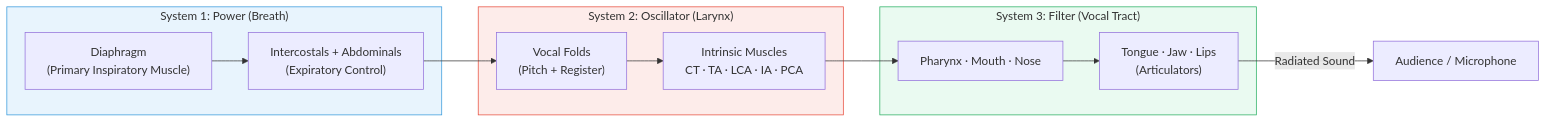
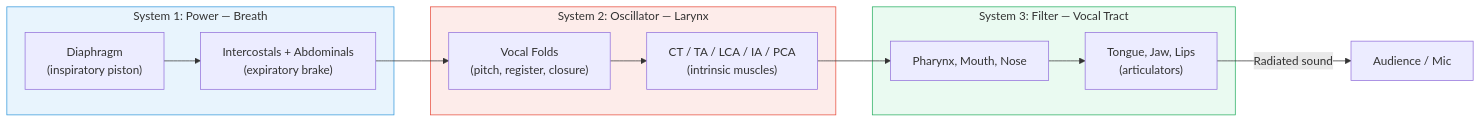
Before and after one commit to blebleblee/synapse: the first of 5 diagrams in topics/arts/music_performance/vocals/lesson_01_vocal_anatomy.md, drawn with Mermaid. The commit also changed other lines of this file and 4 other files, not shown here.

````diff
--- a/topics/arts/music_performance/vocals/lesson_01_vocal_anatomy.md
+++ b/topics/arts/music_performance/vocals/lesson_01_vocal_anatomy.md
@@ -19,24 +17,24 @@
 ```mermaid
 flowchart LR
-    subgraph sub_power ["System 1: Power (Breath)"]
-        A["Diaphragm\n(Primary Inspiratory Muscle)"]
-        B["Intercostals + Abdominals\n(Expiratory Control)"]
+    subgraph sub_power ["System 1: Power — Breath"]
+        A["Diaphragm<br/>(inspiratory piston)"]
+        B["Intercostals + Abdominals<br/>(expiratory brake)"]
     end
 
-    subgraph sub_oscillator ["System 2: Oscillator (Larynx)"]
-        C["Vocal Folds\n(Pitch + Register)"]
-        D["Intrinsic Muscles\nCT · TA · LCA · IA · PCA"]
+    subgraph sub_oscillator ["System 2: Oscillator — Larynx"]
+        C["Vocal Folds<br/>(pitch, register, closure)"]
+        D["CT / TA / LCA / IA / PCA<br/>(intrinsic muscles)"]
     end
 
-    subgraph sub_filter ["System 3: Filter (Vocal Tract)"]
-        E["Pharynx · Mouth · Nose"]
-        F["Tongue · Jaw · Lips\n(Articulators)"]
+    subgraph sub_filter ["System 3: Filter — Vocal Tract"]
+        E["Pharynx, Mouth, Nose"]
+        F["Tongue, Jaw, Lips<br/>(articulators)"]
     end
 
     A --> B --> C --> D --> E --> F
-    F -->|"Radiated Sound"| G["Audience / Microphone"]
+    F -->|"Radiated sound"| G["Audience / Mic"]
 
     style sub_power fill:#e8f4fd,stroke:#3498db
     style sub_oscillator fill:#fdecea,stroke:#e74c3c
     style sub_filter fill:#eafaf1,stroke:#27ae60
 ```
````
